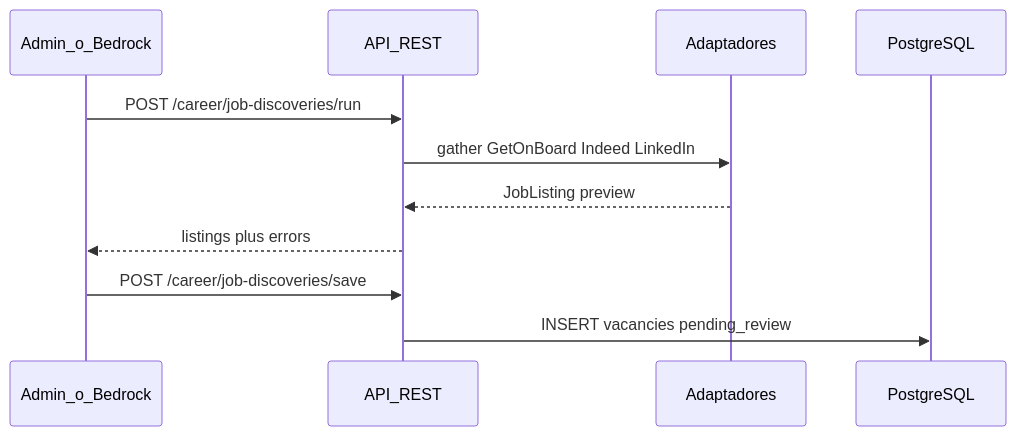
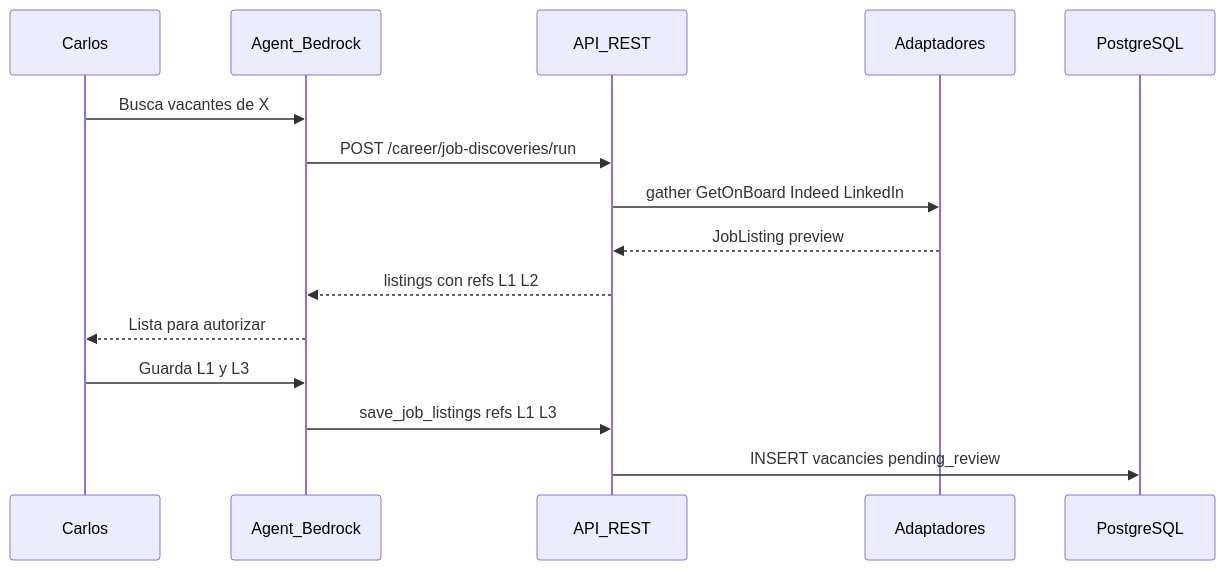
The sixth of 8 diagrams in docs/06-RUNTIME-VIEW.md (cjhirashi/cjhirashi-career), drawn with Mermaid before and after one commit. The commit also changed other lines of this file and 30 other files, not shown here.

First line of the commit message:
feat: mejoras Bedrock harness, job discovery y documentación

````diff
--- a/docs/06-RUNTIME-VIEW.md
+++ b/docs/06-RUNTIME-VIEW.md
@@ -211,14 +211,18 @@
 ```mermaid
 sequenceDiagram
-    participant Admin as Admin_o_Bedrock
+    participant Carlos
+    participant Bedrock as Agent_Bedrock
     participant API as API_REST
     participant Adapters as Adaptadores
     participant DB as PostgreSQL
 
-    Admin->>API: POST /career/job-discoveries/run
+    Carlos->>Bedrock: Busca vacantes de X
+    Bedrock->>API: POST /career/job-discoveries/run
     API->>Adapters: gather GetOnBoard Indeed LinkedIn
     Adapters-->>API: JobListing preview
-    API-->>Admin: listings plus errors
-    Admin->>API: POST /career/job-discoveries/save
+    API-->>Bedrock: listings con refs L1 L2
+    Bedrock-->>Carlos: Lista para autorizar
+    Carlos->>Bedrock: Guarda L1 y L3
+    Bedrock->>API: save_job_listings refs L1 L3
     API->>DB: INSERT vacancies pending_review
 ```
````
